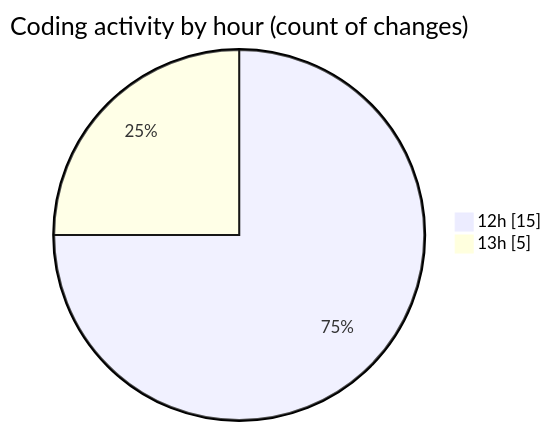
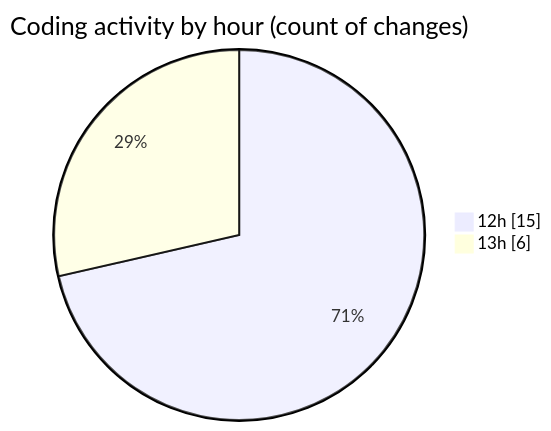
One commit to LanceThiago/code-tracking changed the second of 2 diagrams in 2026-09-09/fz3temp-2/README.md. Above: the diagram before and after it, drawn with Mermaid. The commit also changed other lines of this file and 1 other file, not shown here.

````diff
--- a/2026-09-09/fz3temp-2/README.md
+++ b/2026-09-09/fz3temp-2/README.md
@@ -42,6 +42,6 @@
 ```mermaid
 pie showData
 title Coding activity by hour (count of changes)
 "12h" : 15
-"13h" : 5
+"13h" : 6
 ```
````
